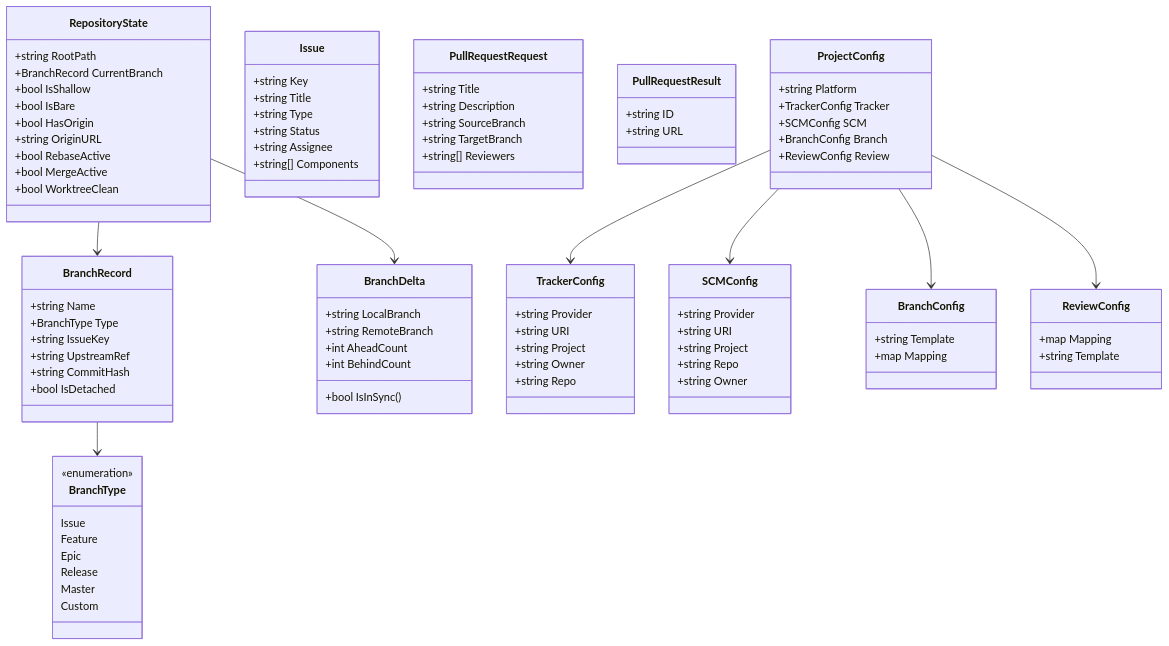
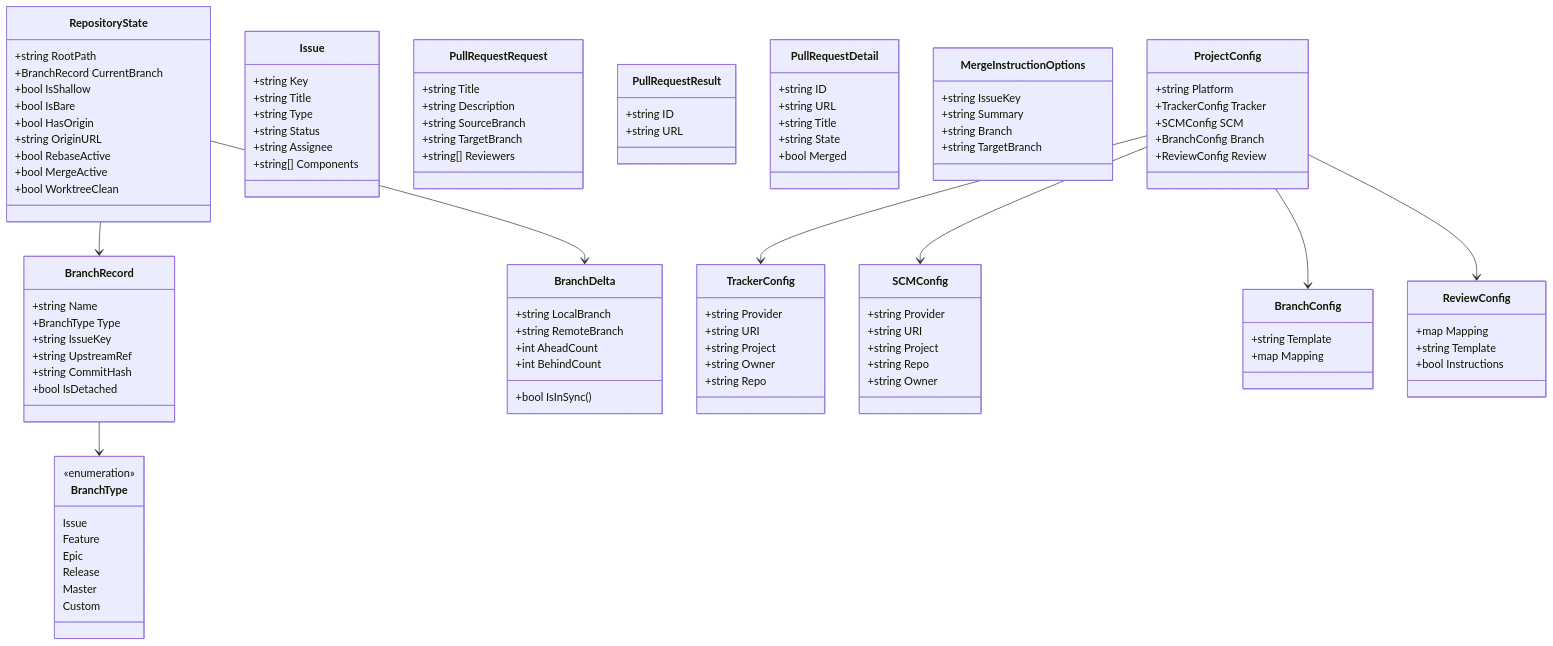
Before and after one commit to bvarnai/git-brx: the diagram in docs/spec/global.md, drawn with Mermaid. The commit also changed other lines of this file and 3 other files, not shown here.

```diff
--- a/docs/spec/global.md
+++ b/docs/spec/global.md
@@ -248,6 +248,21 @@
         +string URL
     }
 
+    class PullRequestDetail {
+        +string ID
+        +string URL
+        +string Title
+        +string State
+        +bool Merged
+    }
+
+    class MergeInstructionOptions {
+        +string IssueKey
+        +string Summary
+        +string Branch
+        +string TargetBranch
+    }
+
     class TrackerConfig {
         +string Provider
         +string URI
@@ -272,6 +287,7 @@
     class ReviewConfig {
         +map Mapping
         +string Template
+        +bool Instructions
     }
 
     class ProjectConfig {
```
